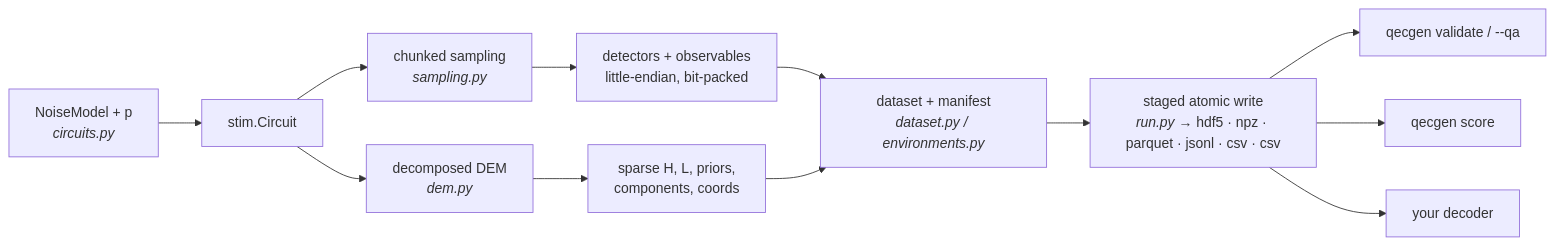
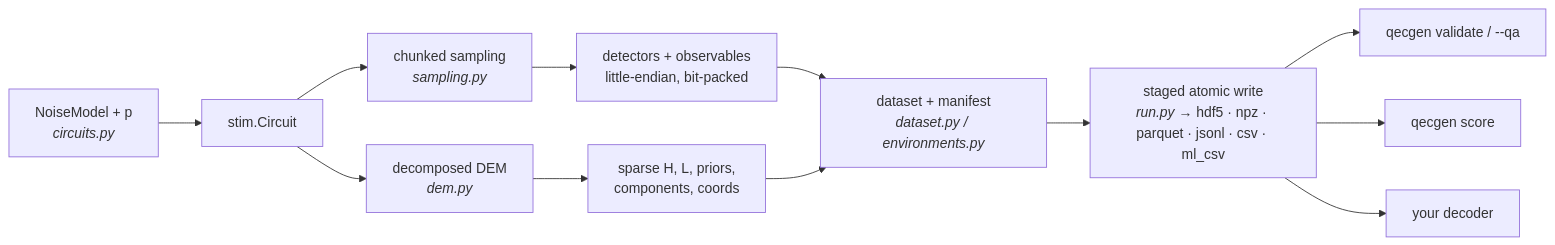
One commit to HaiderAli3D/qecgen changed the first of 2 diagrams in README.md. Above: the diagram before and after it, drawn with Mermaid. The commit also changed other lines of this file and 4 other files, not shown here.

````diff
--- a/README.md
+++ b/README.md
@@ -111,14 +112,14 @@
 ```mermaid
 flowchart LR
     A["NoiseModel + p<br><i>circuits.py</i>"] --> B["stim.Circuit"]
     B --> C["chunked sampling<br><i>sampling.py</i>"]
     B --> D["decomposed DEM<br><i>dem.py</i>"]
     D --> E["sparse H, L, priors,<br>components, coords"]
     C --> F["detectors + observables<br>little-endian, bit-packed"]
     F --> G["dataset + manifest<br><i>dataset.py / environments.py</i>"]
     E --> G
-    G --> H["staged atomic write<br><i>run.py</i> → hdf5 · npz · parquet · jsonl · csv · csv"]
+    G --> H["staged atomic write<br><i>run.py</i> → hdf5 · npz · parquet · jsonl · csv · ml_csv"]
     H --> I["qecgen validate / --qa"]
     H --> J["qecgen score"]
     H --> K["your decoder"]
 ```
````
